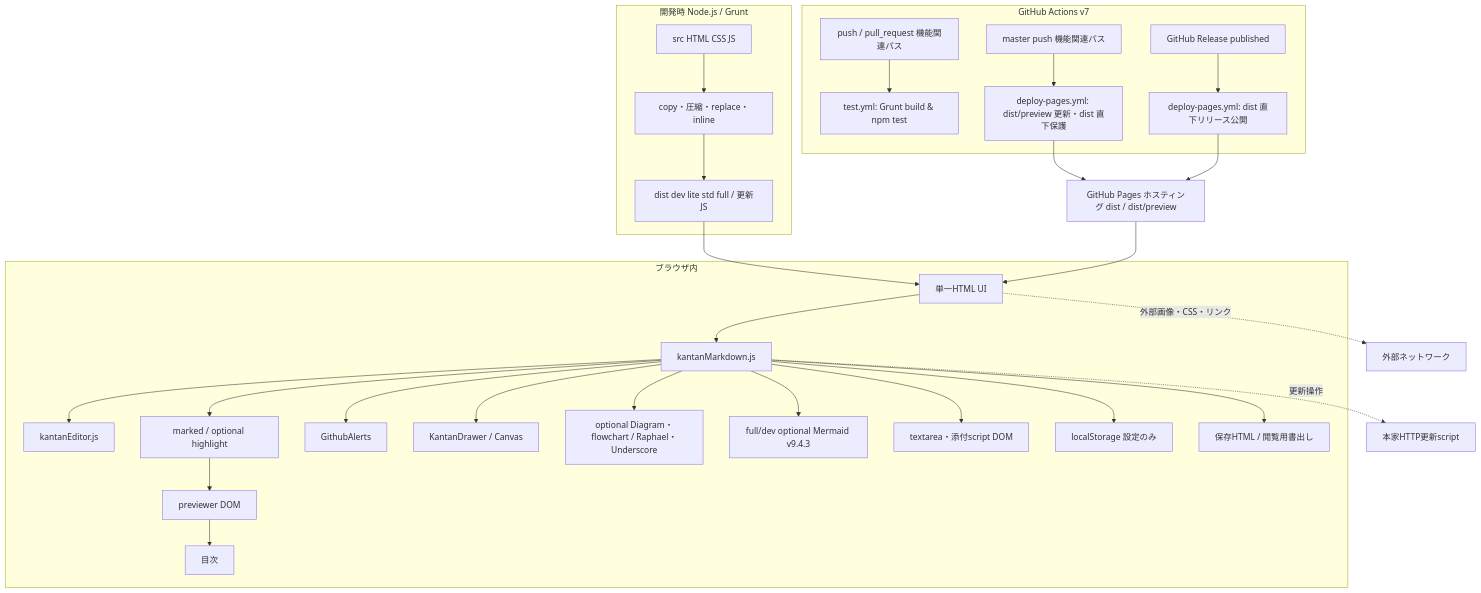
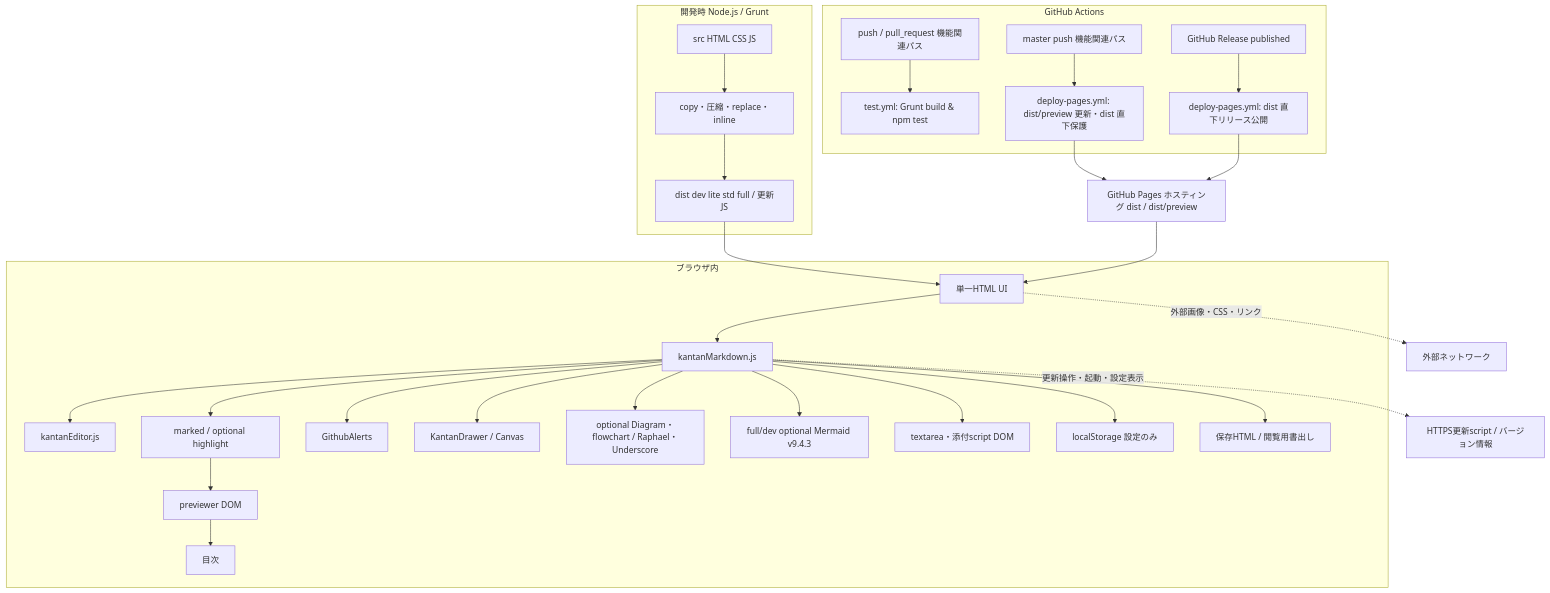
One commit to hiro-gj/KanTanMarkdown changed the diagram in .gear/3_詳細設計/34_アーキテクチャ構成図.md. Above: the diagram before and after it, drawn with Mermaid. The commit also changed other lines of this file and 19 other files, not shown here.

````diff
--- a/.gear/3_詳細設計/34_アーキテクチャ構成図.md
+++ b/.gear/3_詳細設計/34_アーキテクチャ構成図.md
@@ -3,32 +3,32 @@
 ```mermaid
 flowchart TD
  subgraph Dev[開発時 Node.js / Grunt]
  SRC[src HTML CSS JS] --> GRUNT[copy・圧縮・replace・inline]
  GRUNT --> DIST[dist dev lite std full / 更新JS]
  end
- subgraph CI_CD[GitHub Actions v7]
+ subgraph CI_CD[GitHub Actions]
  PUSH_PR[push / pull_request 機能関連パス] --> TEST_WF[test.yml: Grunt build & npm test]
  MERGE_MASTER[master push 機能関連パス] --> DEPLOY_WF[deploy-pages.yml: dist/preview 更新・dist 直下保護]
  REL[GitHub Release published] --> DEPLOY_WF_REL[deploy-pages.yml: dist 直下リリース公開]
  end
  subgraph Browser[ブラウザ内]
  UI[単一HTML UI] --> CORE[kantanMarkdown.js]
  CORE --> EDIT[kantanEditor.js]
  CORE --> PARSE[marked / optional highlight]
  PARSE --> PREVIEW[previewer DOM]
  CORE --> ALERT[GithubAlerts]
  CORE --> DRAW[KantanDrawer / Canvas]
  CORE --> DIAGRAM[optional Diagram・flowchart / Raphael・Underscore]
  CORE --> MERMAID[full/dev optional Mermaid v9.4.3]
  CORE --> DATA[textarea・添付script DOM]
  CORE --> SETTINGS[localStorage 設定のみ]
  CORE --> OUTPUT[保存HTML / 閲覧用書出し]
  PREVIEW --> TOC[目次]
  end
  DIST --> UI
  DEPLOY_WF --> PAGES[GitHub Pages ホスティング dist / dist/preview]
  DEPLOY_WF_REL --> PAGES
  PAGES --> UI
- CORE -. 更新操作 .-> REMOTE[本家HTTP更新script]
+ CORE -. 更新操作・起動・設定表示 .-> REMOTE[HTTPS更新script / バージョン情報]
  UI -. 外部画像・CSS・リンク .-> NET[外部ネットワーク]
 ```
````
